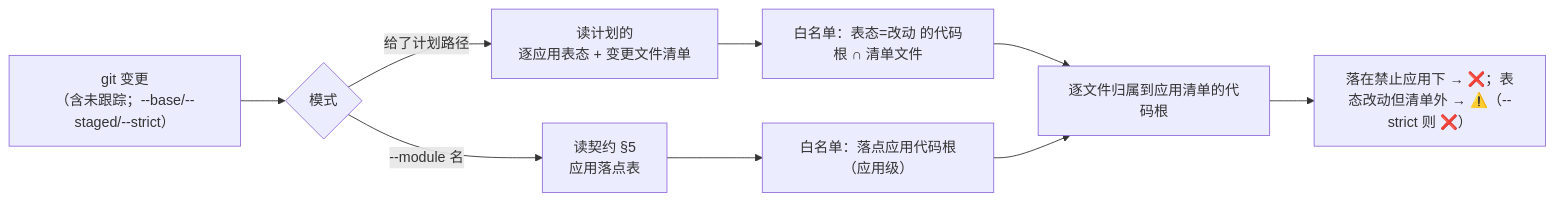
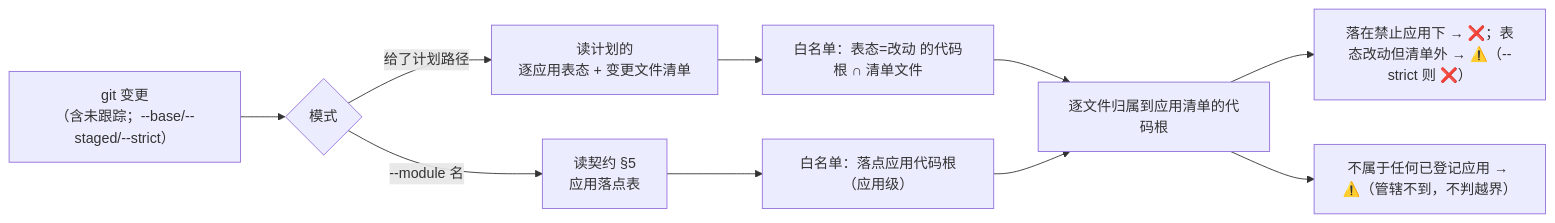
One commit to knight-peter/doc-framework changed the third of 3 diagrams in docs/设计文档.md. Above: the diagram before and after it, drawn with Mermaid. The commit also changed other lines of this file and 33 other files, not shown here.

````diff
--- a/docs/设计文档.md
+++ b/docs/设计文档.md
@@ -478,11 +579,12 @@
 ```mermaid
 flowchart LR
     G["git 变更<br/>（含未跟踪；--base/--staged/--strict）"] --> M{"模式"}
     M -->|"给了计划路径"| P["读计划的<br/>逐应用表态 + 变更文件清单"]
     M -->|"--module 名"| S["读契约 §5<br/>应用落点表"]
     P --> W1["白名单：表态=改动 的代码根 ∩ 清单文件"]
     S --> W2["白名单：落点应用代码根（应用级）"]
     W1 --> R["逐文件归属到应用清单的代码根"]
     W2 --> R
     R --> E["落在禁止应用下 → ❌；表态改动但清单外 → ⚠️（--strict 则 ❌）"]
+    R --> U["不属于任何已登记应用 → ⚠️（管辖不到，不判越界）"]
 ```
````
